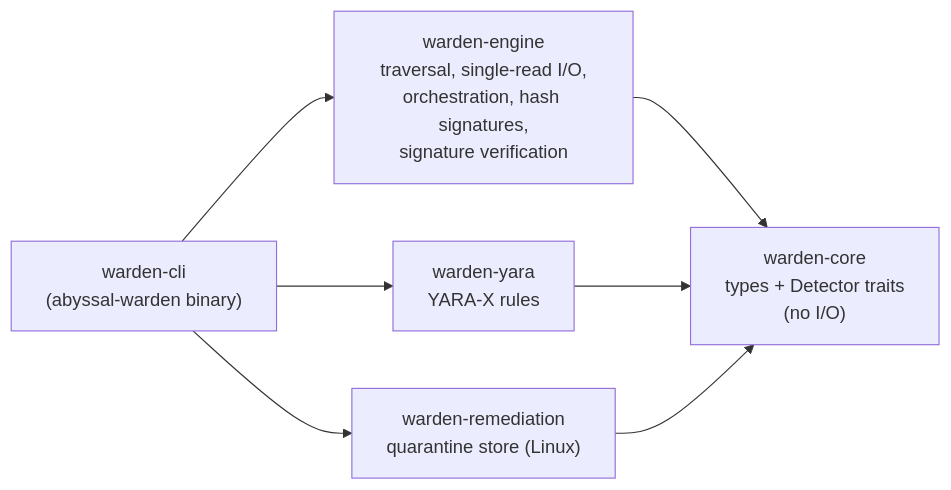
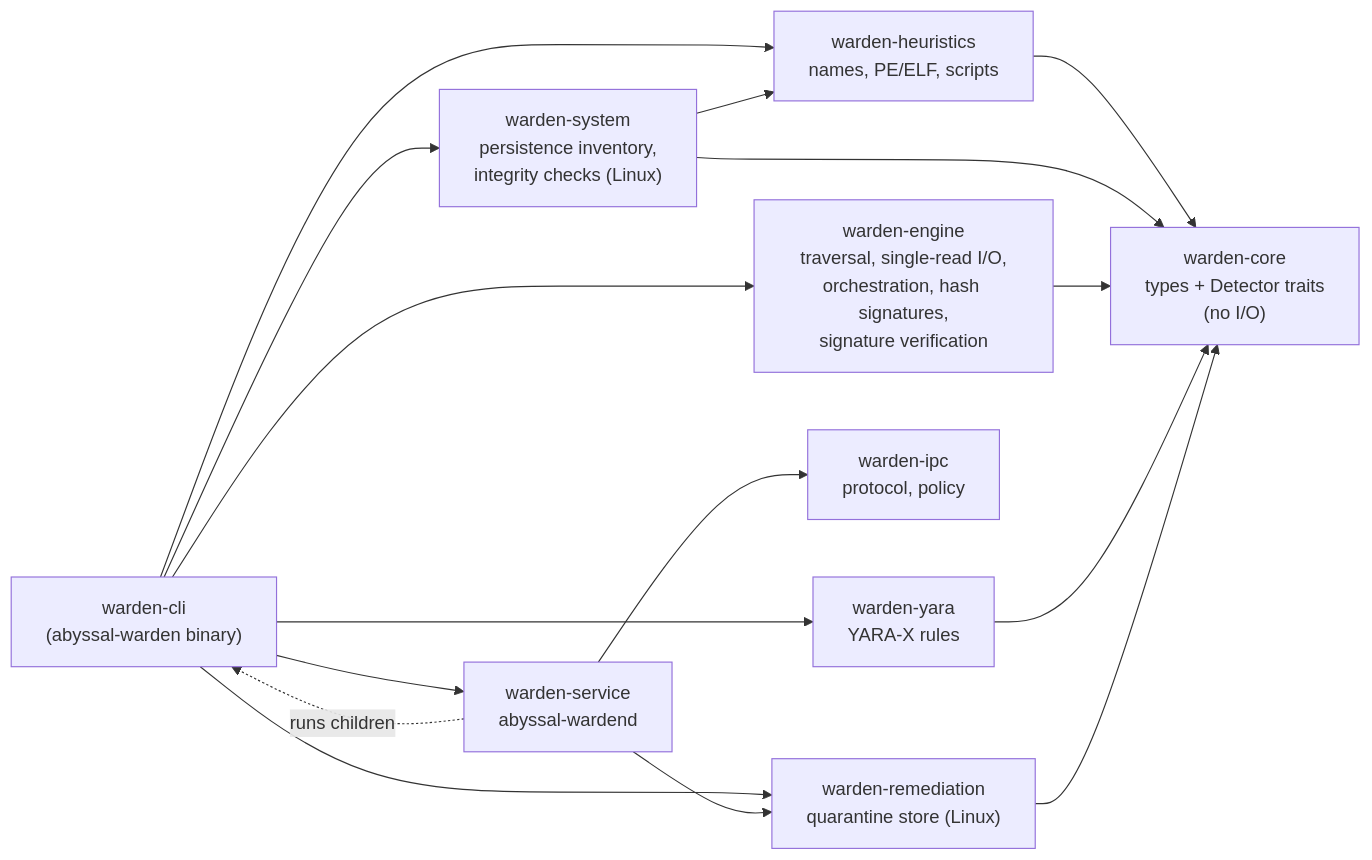
Before and after one commit to AbyssalOath/abyssal-warden: the diagram in ARCHITECTURE.md, drawn with Mermaid. The commit also changed other lines of this file and 154 other files, not shown here.

Commit message:
feat: complete known-limitations phases 1-7 (robustness, archives, content trust, remediation, system checks, heuristics, service)

````diff
--- a/ARCHITECTURE.md
+++ b/ARCHITECTURE.md
@@ -19,14 +19,27 @@
 ```mermaid
 flowchart LR
     cli["warden-cli<br/>(abyssal-warden binary)"]
     engine["warden-engine<br/>traversal, single-read I/O,<br/>orchestration, hash signatures,<br/>signature verification"]
     yara["warden-yara<br/>YARA-X rules"]
+    heur["warden-heuristics<br/>names, PE/ELF, scripts"]
+    ipc["warden-ipc<br/>protocol, policy"]
+    svc["warden-service<br/>abyssal-wardend"]
     rem["warden-remediation<br/>quarantine store (Linux)"]
+    sys["warden-system<br/>persistence inventory,<br/>integrity checks (Linux)"]
     core["warden-core<br/>types + Detector traits<br/>(no I/O)"]
     cli --> engine
     cli --> yara
     cli --> rem
+    cli --> sys
+    cli --> heur
+    cli --> svc
+    svc --> ipc
+    svc --> rem
+    svc -.->|runs children| cli
+    heur --> core
+    sys --> heur
+    sys --> core
     engine --> core
     yara --> core
     rem --> core
 ```
````
